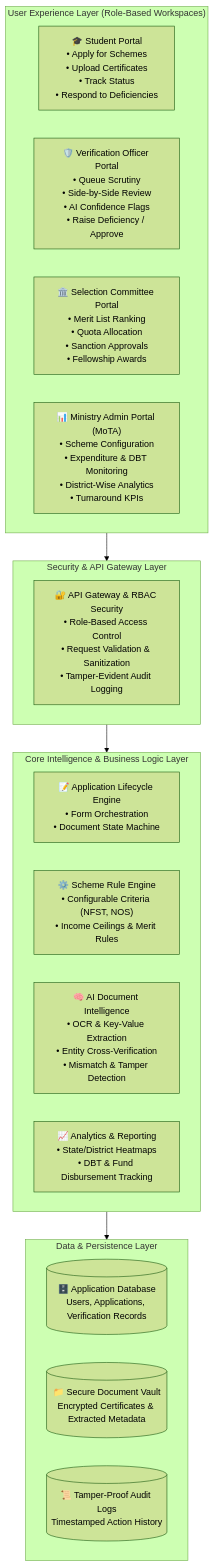
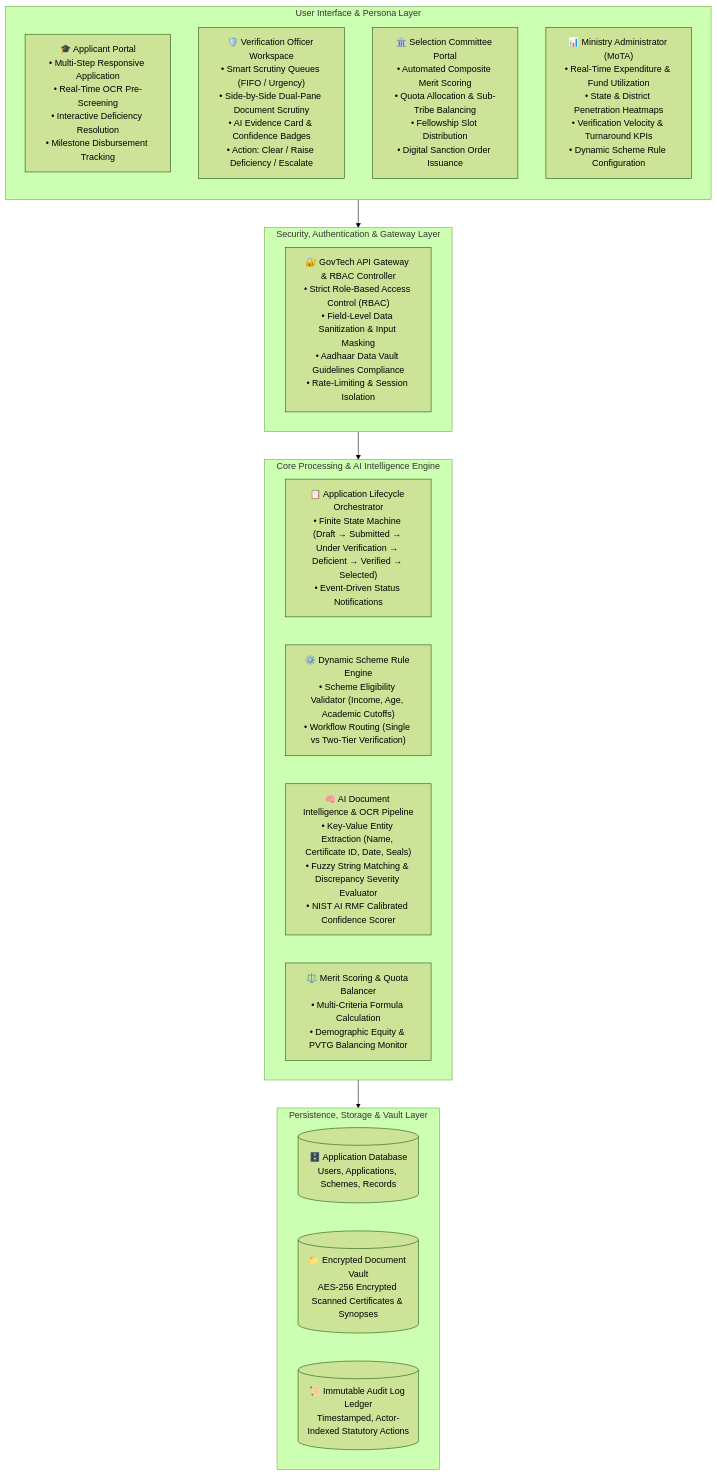
The first of 2 diagrams in README.md (AdityaGade28/VidyaSetu), drawn with Mermaid (forest theme) before and after one commit. The commit also changed other lines of this file, not shown here.

Commit message:
docs: overhaul README with comprehensive architecture and remove comparison table

````diff
--- a/README.md
+++ b/README.md
@@ -92,30 +124,31 @@
 ```mermaid
 flowchart TB
-    subgraph Portals ["User Experience Layer (Role-Based Workspaces)"]
-        SP["🎓 Student Portal\n• Apply for Schemes\n• Upload Certificates\n• Track Status\n• Respond to Deficiencies"]
-        OP["🛡️ Verification Officer Portal\n• Queue Scrutiny\n• Side-by-Side Review\n• AI Confidence Flags\n• Raise Deficiency / Approve"]
-        CP["🏛️ Selection Committee Portal\n• Merit List Ranking\n• Quota Allocation\n• Sanction Approvals\n• Fellowship Awards"]
-        AP["📊 Ministry Admin Portal (MoTA)\n• Scheme Configuration\n• Expenditure & DBT Monitoring\n• District-Wise Analytics\n• Turnaround KPIs"]
+    subgraph ClientTier ["User Interface & Persona Layer"]
+        direction TB
+        SP["🎓 Applicant Portal\n• Multi-Step Responsive Application\n• Real-Time OCR Pre-Screening\n• Interactive Deficiency Resolution\n• Milestone Disbursement Tracking"]
+        OP["🛡️ Verification Officer Workspace\n• Smart Scrutiny Queues (FIFO / Urgency)\n• Side-by-Side Dual-Pane Document Scrutiny\n• AI Evidence Card & Confidence Badges\n• Action: Clear / Raise Deficiency / Escalate"]
+        CP["🏛️ Selection Committee Portal\n• Automated Composite Merit Scoring\n• Quota Allocation & Sub-Tribe Balancing\n• Fellowship Slot Distribution\n• Digital Sanction Order Issuance"]
+        AP["📊 Ministry Administrator (MoTA)\n• Real-Time Expenditure & Fund Utilization\n• State & District Penetration Heatmaps\n• Verification Velocity & Turnaround KPIs\n• Dynamic Scheme Rule Configuration"]
     end
 
-    subgraph Gateway ["Security & API Gateway Layer"]
-        GW["🔐 API Gateway & RBAC Security\n• Role-Based Access Control\n• Request Validation & Sanitization\n• Tamper-Evident Audit Logging"]
+    subgraph SecurityTier ["Security, Authentication & Gateway Layer"]
+        GW["🔐 GovTech API Gateway & RBAC Controller\n• Strict Role-Based Access Control (RBAC)\n• Field-Level Data Sanitization & Input Masking\n• Aadhaar Data Vault Guidelines Compliance\n• Rate-Limiting & Session Isolation"]
     end
 
-    subgraph CoreEngine ["Core Intelligence & Business Logic Layer"]
-        AM["📝 Application Lifecycle Engine\n• Form Orchestration\n• Document State Machine"]
-        SRE["⚙️ Scheme Rule Engine\n• Configurable Criteria (NFST, NOS)\n• Income Ceilings & Merit Rules"]
-        ADI["🧠 AI Document Intelligence\n• OCR & Key-Value Extraction\n• Entity Cross-Verification\n• Mismatch & Tamper Detection"]
-        AR["📈 Analytics & Reporting\n• State/District Heatmaps\n• DBT & Fund Disbursement Tracking"]
+    subgraph IntelligenceTier ["Core Processing & AI Intelligence Engine"]
+        ALM["📋 Application Lifecycle Orchestrator\n• Finite State Machine (Draft → Submitted → Under Verification → Deficient → Verified → Selected)\n• Event-Driven Status Notifications"]
+        SRE["⚙️ Dynamic Scheme Rule Engine\n• Scheme Eligibility Validator (Income, Age, Academic Cutoffs)\n• Workflow Routing (Single vs Two-Tier Verification)"]
+        ADI["🧠 AI Document Intelligence & OCR Pipeline\n• Key-Value Entity Extraction (Name, Certificate ID, Date, Seals)\n• Fuzzy String Matching & Discrepancy Severity Evaluator\n• NIST AI RMF Calibrated Confidence Scorer"]
+        QBE["⚖️ Merit Scoring & Quota Balancer\n• Multi-Criteria Formula Calculation\n• Demographic Equity & PVTG Balancing Monitor"]
     end
 
-    subgraph DataLayer ["Data & Persistence Layer"]
-        DB[("🗄️ Application Database\nUsers, Applications, Verification Records")]
-        DS[("📁 Secure Document Vault\nEncrypted Certificates & Extracted Metadata")]
-        AL[("📜 Tamper-Proof Audit Logs\nTimestamped Action History")]
+    subgraph PersistenceTier ["Persistence, Storage & Vault Layer"]
+        DB[("🗄️ Application Database\nUsers, Applications, Schemes, Records")]
+        VAULT[("📁 Encrypted Document Vault\nAES-256 Encrypted Scanned Certificates & Synopses")]
+        AUDIT[("📜 Immutable Audit Log Ledger\nTimestamped, Actor-Indexed Statutory Actions")]
     end
 
-    Portals --> Gateway
-    Gateway --> CoreEngine
-    CoreEngine --> DataLayer
+    ClientTier --> SecurityTier
+    SecurityTier --> IntelligenceTier
+    IntelligenceTier --> PersistenceTier
 ```
````
